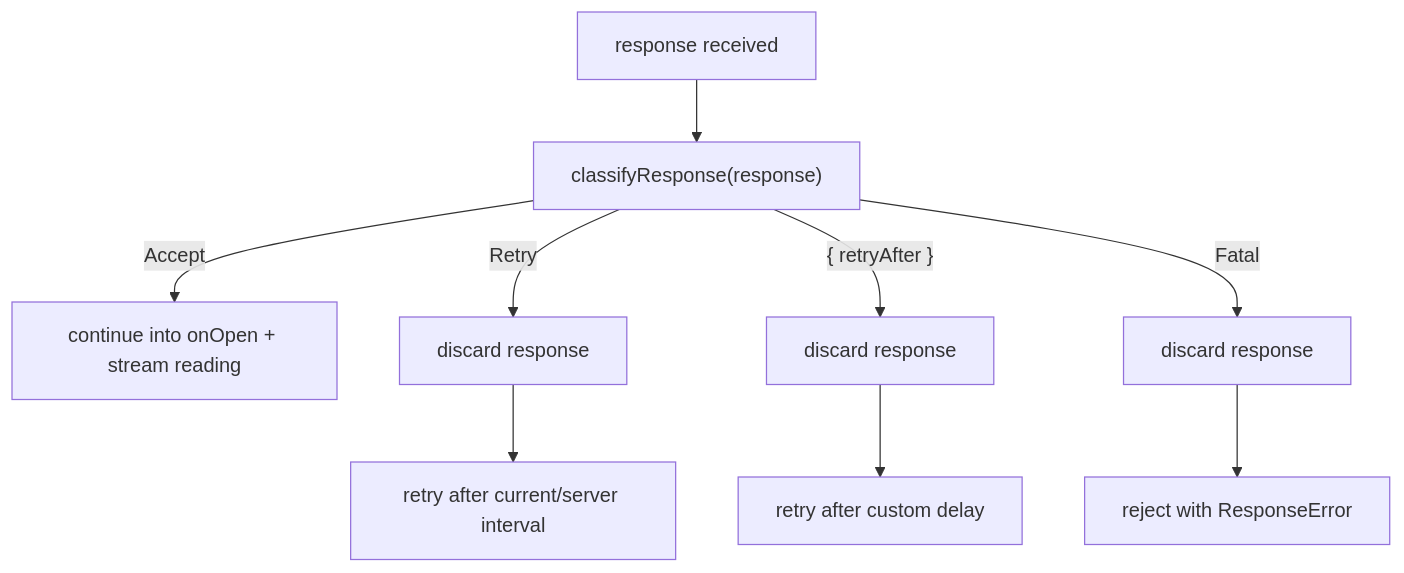
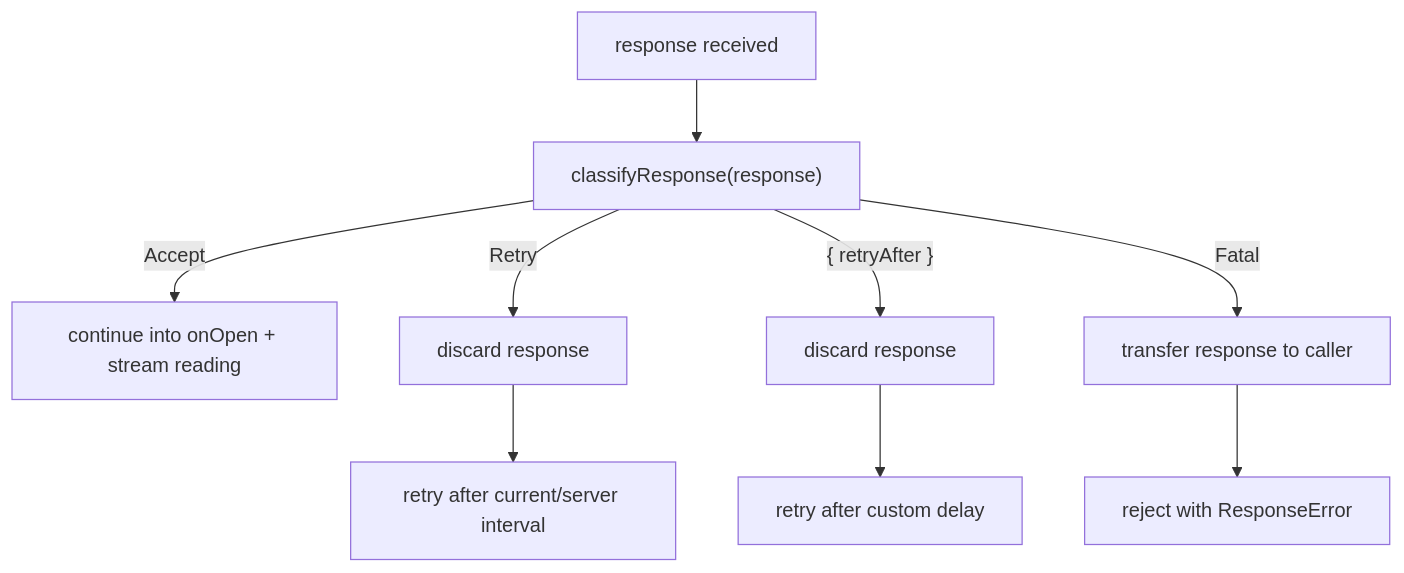
One commit to AIEPhoenix/modern-fetch-stream changed the fourth of 7 diagrams in README.md. Above: the diagram before and after it, drawn with Mermaid. The commit also changed other lines of this file and 11 other files, not shown here.

````diff
--- a/README.md
+++ b/README.md
@@ -318,11 +318,11 @@
 ```mermaid
 flowchart TD
     A["response received"] --> B["classifyResponse(response)"]
     B -->|"Accept"| C["continue into onOpen + stream reading"]
     B -->|"Retry"| D["discard response"]
     D --> E["retry after current/server interval"]
     B -->|"{ retryAfter }"| F["discard response"]
     F --> G["retry after custom delay"]
-    B -->|"Fatal"| H["discard response"]
+    B -->|"Fatal"| H["transfer response to caller"]
     H --> I["reject with ResponseError"]
 ```
````
